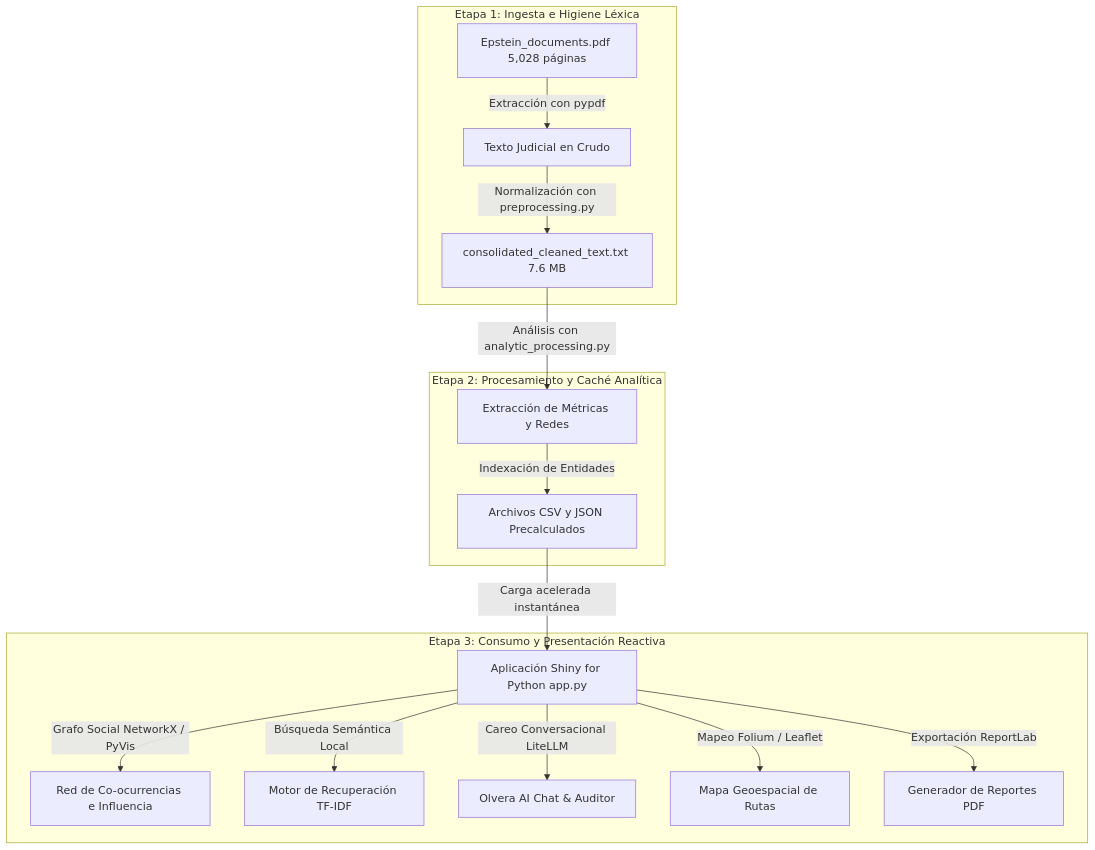
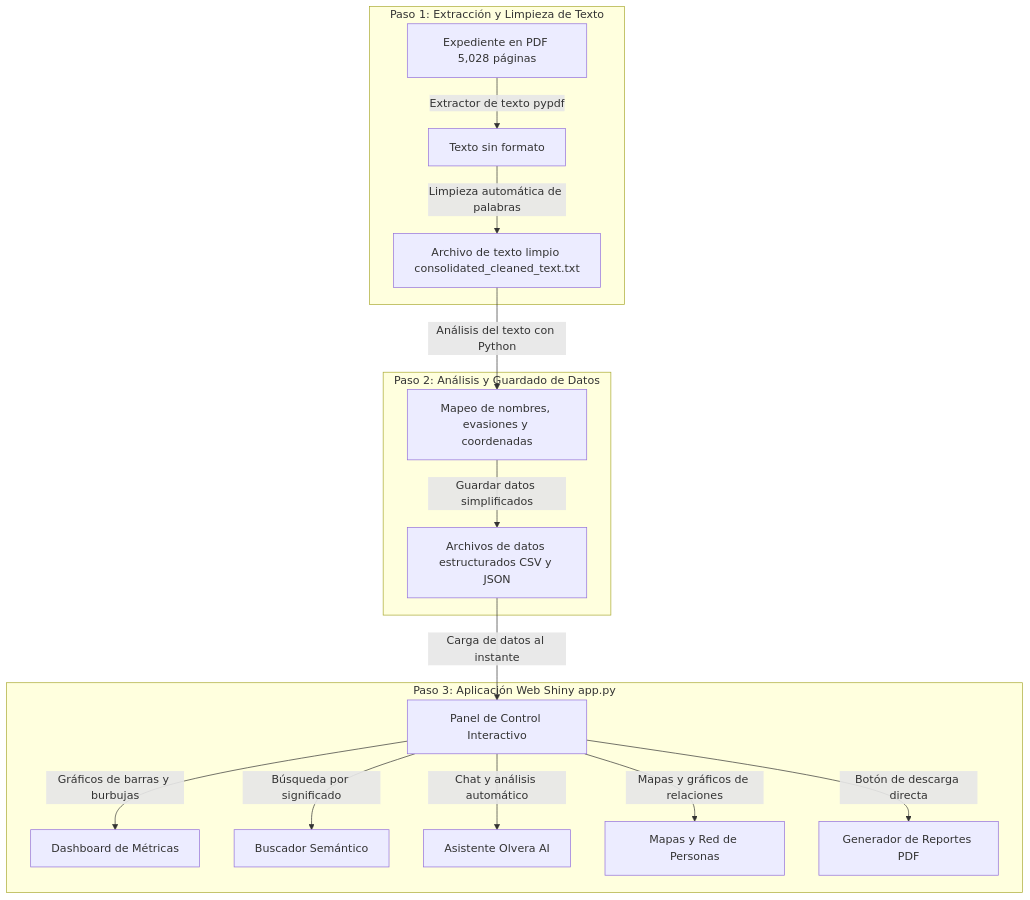
Before and after one commit to jjho05/analisis-archivos-epstein: the diagram in README.md, drawn with Mermaid. The commit also changed other lines of this file, not shown here.

Commit message:
Simplificar el diagrama de arquitectura y descripciones del flujo de datos en el README

````diff
--- a/README.md
+++ b/README.md
@@ -153,21 +153,21 @@
 ```mermaid
 graph TD
-    subgraph Etapa 1: Ingesta e Higiene Léxica
-        A[Epstein_documents.pdf 5,028 páginas] -->|Extracción con pypdf| B[Texto Judicial en Crudo]
-        B -->|Normalización con preprocessing.py| C[consolidated_cleaned_text.txt 7.6 MB]
+    subgraph Paso 1: Extracción y Limpieza de Texto
+        A[Expediente en PDF 5,028 páginas] -->|Extractor de texto pypdf| B[Texto sin formato]
+        B -->|Limpieza automática de palabras| C[Archivo de texto limpio consolidated_cleaned_text.txt]
     end
 
-    subgraph Etapa 2: Procesamiento y Caché Analítica
-        C -->|Análisis con analytic_processing.py| D[Extracción de Métricas y Redes]
-        D -->|Indexación de Entidades| E[Archivos CSV y JSON Precalculados]
+    subgraph Paso 2: Análisis y Guardado de Datos
+        C -->|Análisis del texto con Python| D[Mapeo de nombres, evasiones y coordenadas]
+        D -->|Guardar datos simplificados| E[Archivos de datos estructurados CSV y JSON]
     end
 
-    subgraph Etapa 3: Consumo y Presentación Reactiva
-        E -->|Carga acelerada instantánea| F[Aplicación Shiny for Python app.py]
-        F -->|Grafo Social NetworkX / PyVis| G[Red de Co-ocurrencias e Influencia]
-        F -->|Búsqueda Semántica Local| H[Motor de Recuperación TF-IDF]
-        F -->|Careo Conversacional LiteLLM| I[Olvera AI Chat & Auditor]
-        F -->|Mapeo Folium / Leaflet| J[Mapa Geoespacial de Rutas]
-        F -->|Exportación ReportLab| K[Generador de Reportes PDF]
+    subgraph Paso 3: Aplicación Web Shiny app.py
+        E -->|Carga de datos al instante| F[Panel de Control Interactivo]
+        F -->|Gráficos de barras y burbujas| G[Dashboard de Métricas]
+        F -->|Búsqueda por significado| H[Buscador Semántico]
+        F -->|Chat y análisis automático| I[Asistente Olvera AI]
+        F -->|Mapas y gráficos de relaciones| J[Mapas y Red de Personas]
+        F -->|Botón de descarga directa| K[Generador de Reportes PDF]
     end
 ```
````
